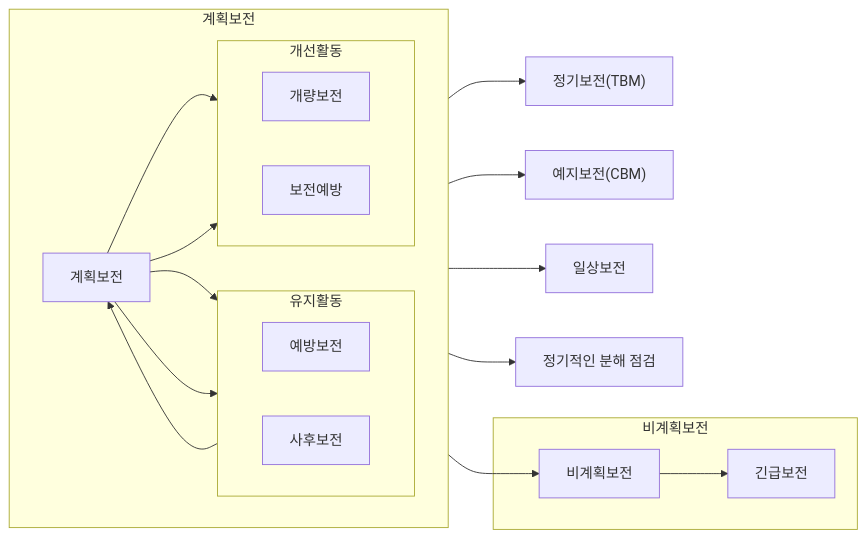
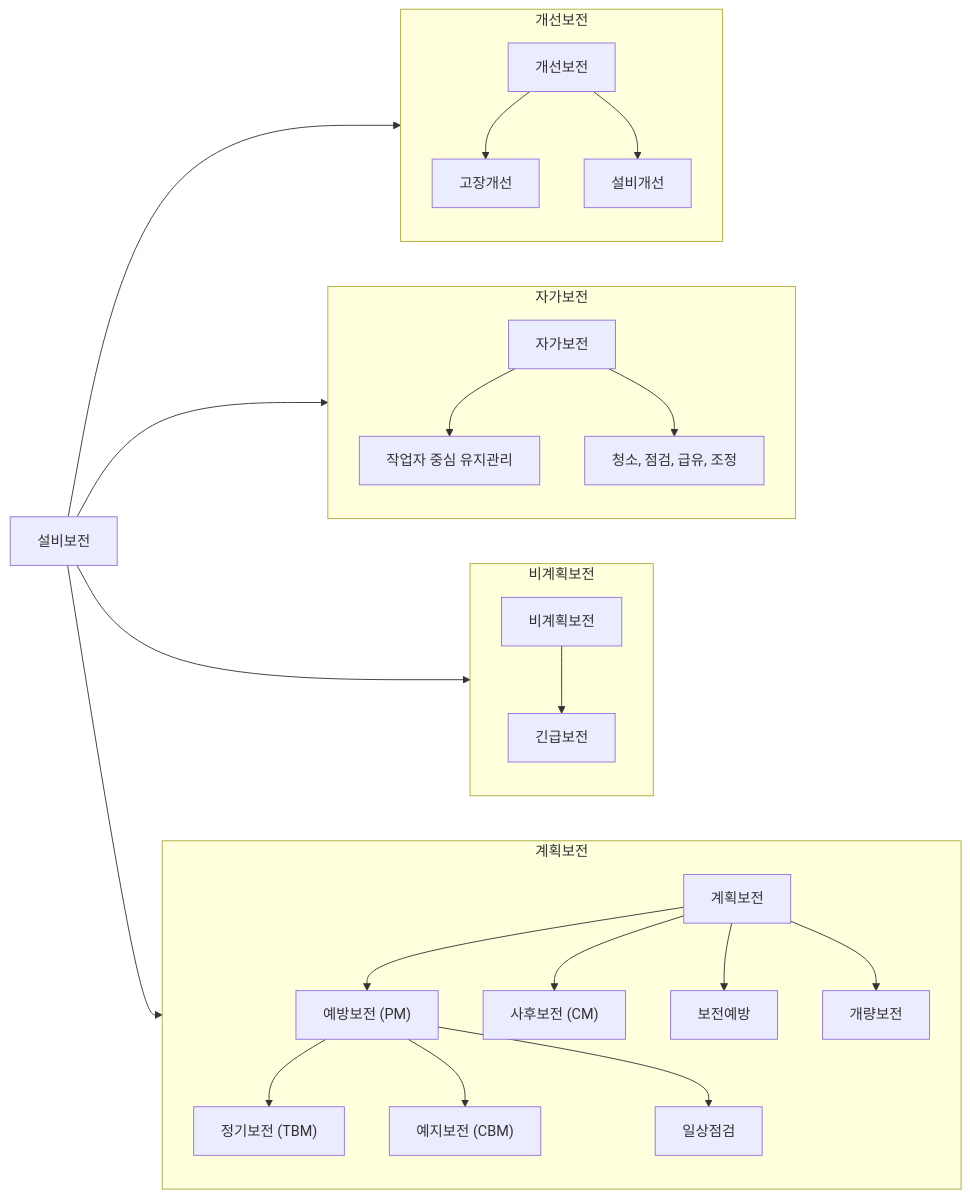
The third of 5 diagrams in 0602설비보전관리.qmd (yeonkyupark/pepc2e), drawn with Mermaid before and after one commit. The commit also changed other lines of this file, not shown here.

````diff
--- a/0602설비보전관리.qmd
+++ b/0602설비보전관리.qmd
@@ -180,25 +180,75 @@
 ```{mermaid}
 flowchart LR
 
-  subgraph sg2[비계획보전]
-    비계획보전 --> 긴급보전
-  end
+  
 
-  subgraph sg1[계획보전]
-    direction LR 
-    subgraph sg11[유지활동]
-    direction LR
-      예방보전
-      사후보전
-    end
-    subgraph sg12[개선활동]
-    direction LR 
-      개량보전
-      보전예방
-    end 
-    계획보전 --> 예방보전 & 사후보전 & 개량보전 & 보전예방
-  end
+  A["설비보전"] --> B["계획보전"]
 
-예방보전 --> 계획보전 & 비계획보전
-예방보전 --> 1["정기보전(TBM)"] & 2["예지보전(CBM)"] & 3["일상보전"] & 4["정기적인 분해 점검"]  
+  A --> C["비계획보전"]
+
+  A --> D["자가보전"]
+
+  A --> E["개선보전"]
+
+  
+
+  subgraph sg1["계획보전"]
+
+    direction TB
+
+    B1["예방보전 (PM)"] --> B1a["정기보전 (TBM)"]
+
+    B1 --> B1b["예지보전 (CBM)"]
+
+    B1 --> B1c["일상점검"]
+
+    B2["사후보전 (CM)"]
+
+    B3["보전예방"]
+
+    B4["개량보전"]
+
+    B --> B1 & B2 & B3 & B4
+
+  end
+
+  
+
+  subgraph sg2["비계획보전"]
+
+    direction TB
+
+    C1["긴급보전"]
+
+    C --> C1
+
+  end
+
+  
+
+  subgraph sg3["자가보전"]
+
+    direction TB
+
+    D1["작업자 중심 유지관리"]
+
+    D2["청소, 점검, 급유, 조정"]
+
+    D --> D1 & D2
+
+  end
+
+  
+
+  subgraph sg4["개선보전"]
+
+    direction TB
+
+    E1["고장개선"]
+
+    E2["설비개선"]
+
+    E --> E1 & E2
+
+  end
 ```
````
